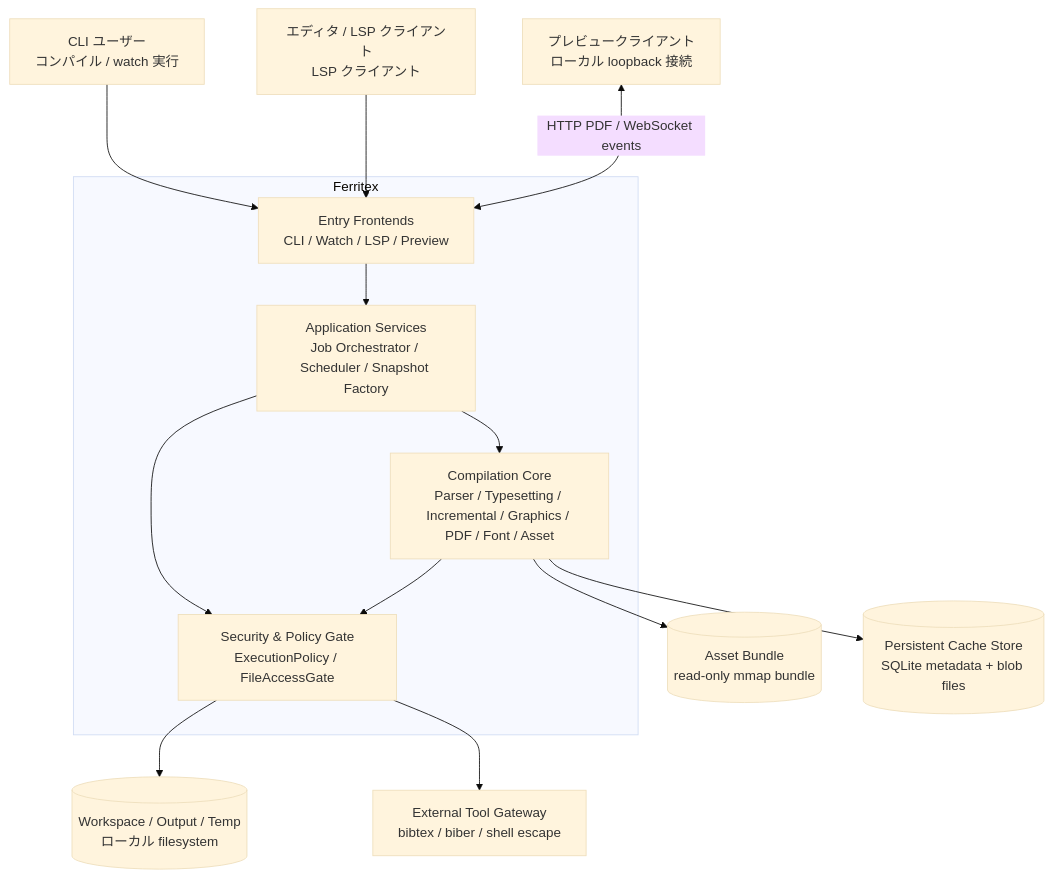
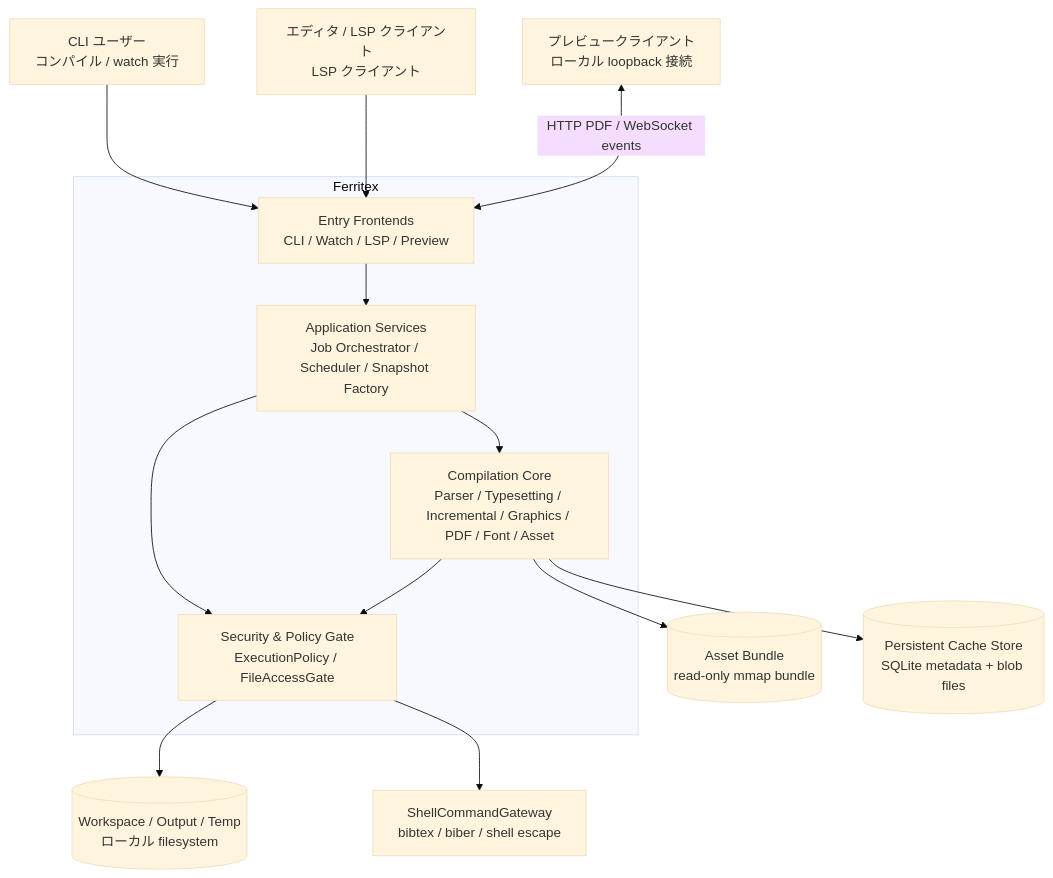
The second of 3 diagrams in docs/architecture.md (RK0429/ferritex), drawn with Mermaid (base theme) before and after one commit. The commit also changed other lines of this file and 2 other files, not shown here.

````diff
--- a/docs/architecture.md
+++ b/docs/architecture.md
@@ -103,30 +103,30 @@
 ```mermaid
 graph TB
     Editor[エディタ / LSP クライアント<br>LSP クライアント]
     Preview[プレビュークライアント<br>ローカル loopback 接続]
     User[CLI ユーザー<br>コンパイル / watch 実行]
 
     Bundle[(Asset Bundle<br>read-only mmap bundle)]
     Cache[(Persistent Cache Store<br>SQLite metadata + blob files)]
     Workspace[(Workspace / Output / Temp<br>ローカル filesystem)]
-    ExtTools[External Tool Gateway<br>bibtex / biber / shell escape]
+    ExtTools[ShellCommandGateway<br>bibtex / biber / shell escape]
 
     subgraph Ferritex
         Frontends[Entry Frontends<br>CLI / Watch / LSP / Preview]
         App[Application Services<br>Job Orchestrator / Scheduler / Snapshot Factory]
         Policy[Security & Policy Gate<br>ExecutionPolicy / FileAccessGate]
         Core[Compilation Core<br>Parser / Typesetting / Incremental / Graphics / PDF / Font / Asset]
     end
 
     User --> Frontends
     Editor --> Frontends
     Preview <-->|HTTP PDF / WebSocket events| Frontends
     Frontends --> App
     App --> Core
     App --> Policy
     Core --> Policy
     Core --> Bundle
     Core --> Cache
     Policy --> Workspace
     Policy --> ExtTools
 ```
````
